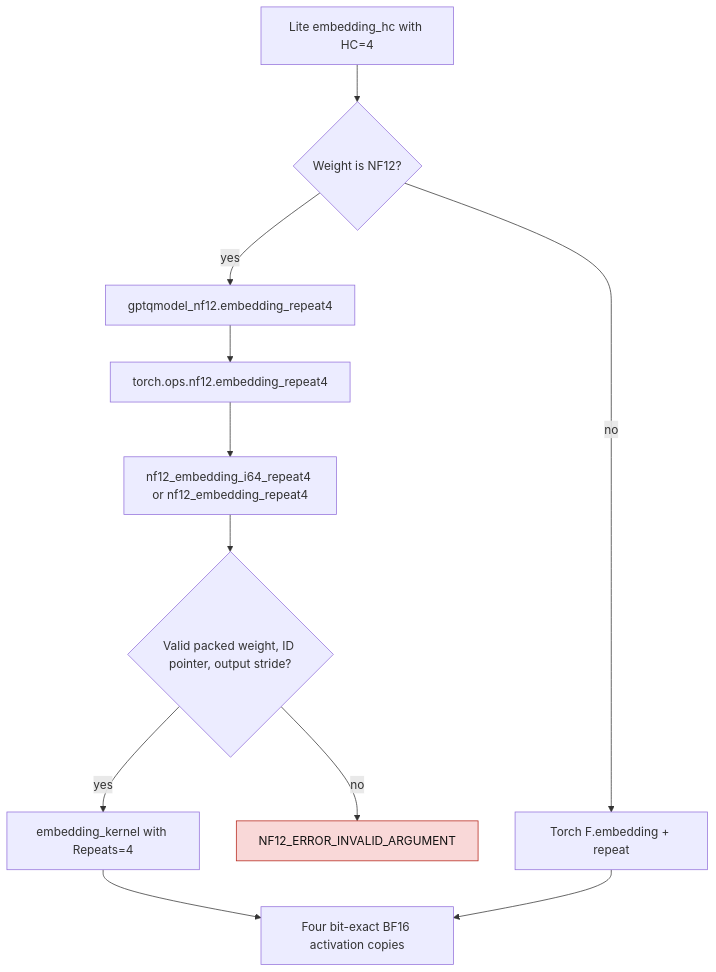
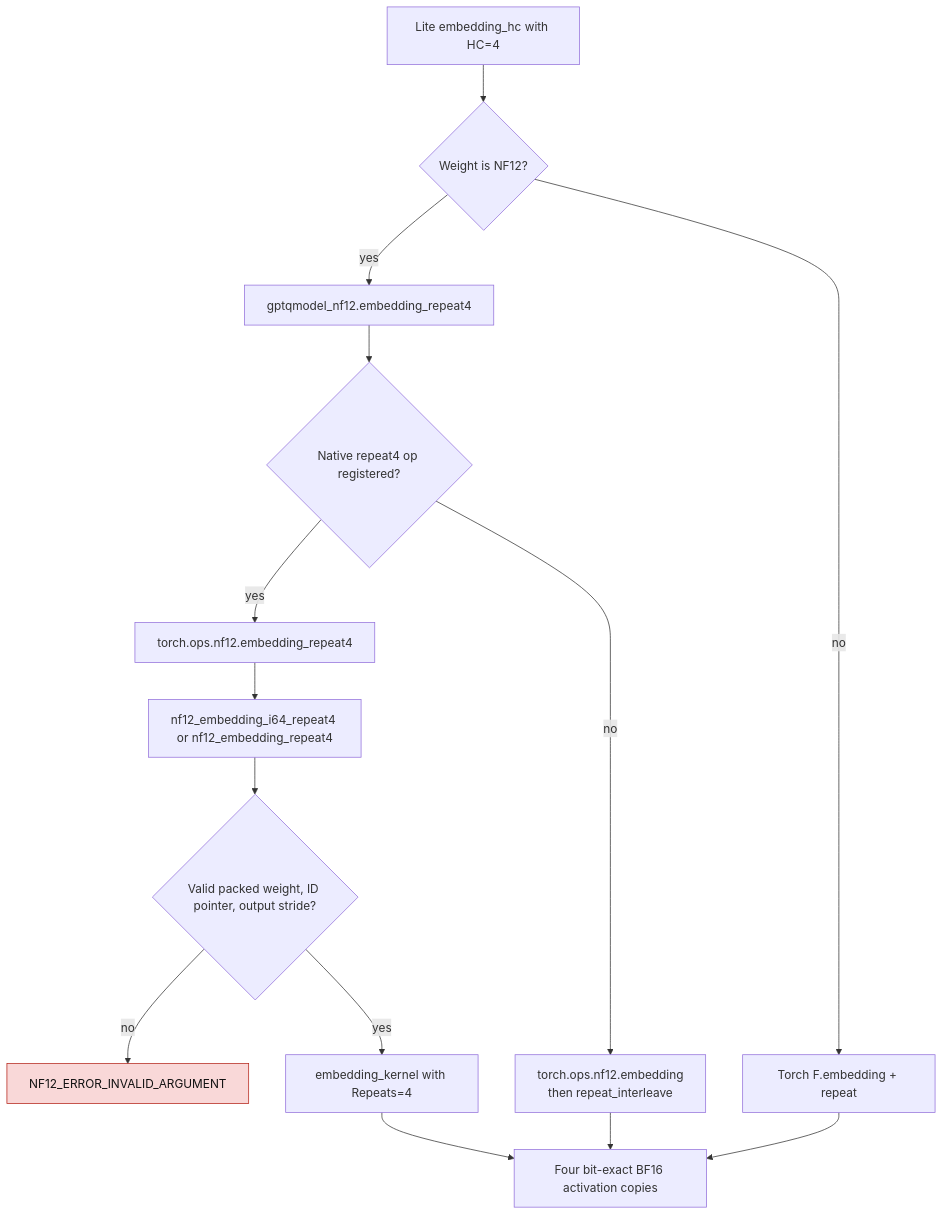
Before and after one commit to ModelCloud/GPTQModel: the diagram in docs/nf12-embedding-repeat4.md, drawn with Mermaid. The commit also changed other lines of this file and 2 other files, not shown here.

Commit message:
fix(nf12): repeat embedding with a preloaded legacy operator set

````diff
--- a/docs/nf12-embedding-repeat4.md
+++ b/docs/nf12-embedding-repeat4.md
@@ -11,15 +13,18 @@
 ```mermaid
 flowchart TD
     A["Lite embedding_hc with HC=4"] --> B{"Weight is NF12?"}
     B -- yes --> C["gptqmodel_nf12.embedding_repeat4"]
     B -- no --> F["Torch F.embedding + repeat"]
-    C --> D["torch.ops.nf12.embedding_repeat4"]
-    D --> E["nf12_embedding_i64_repeat4 or nf12_embedding_repeat4"]
-    E --> V{"Valid packed weight, ID pointer, output stride?"}
+    C --> D{"Native repeat4 op registered?"}
+    D -- yes --> E["torch.ops.nf12.embedding_repeat4"]
+    D -- no --> L["torch.ops.nf12.embedding<br/>then repeat_interleave"]
+    E --> N["nf12_embedding_i64_repeat4 or nf12_embedding_repeat4"]
+    N --> V{"Valid packed weight, ID pointer, output stride?"}
     V -- no --> X["NF12_ERROR_INVALID_ARGUMENT"]
     V -- yes --> K["embedding_kernel with Repeats=4"]
     K --> Z["Four bit-exact BF16 activation copies"]
+    L --> Z
     F --> Z
     classDef failure fill:#f9d8d8,stroke:#b42318,color:#111;
     class X failure;
 ```
````
